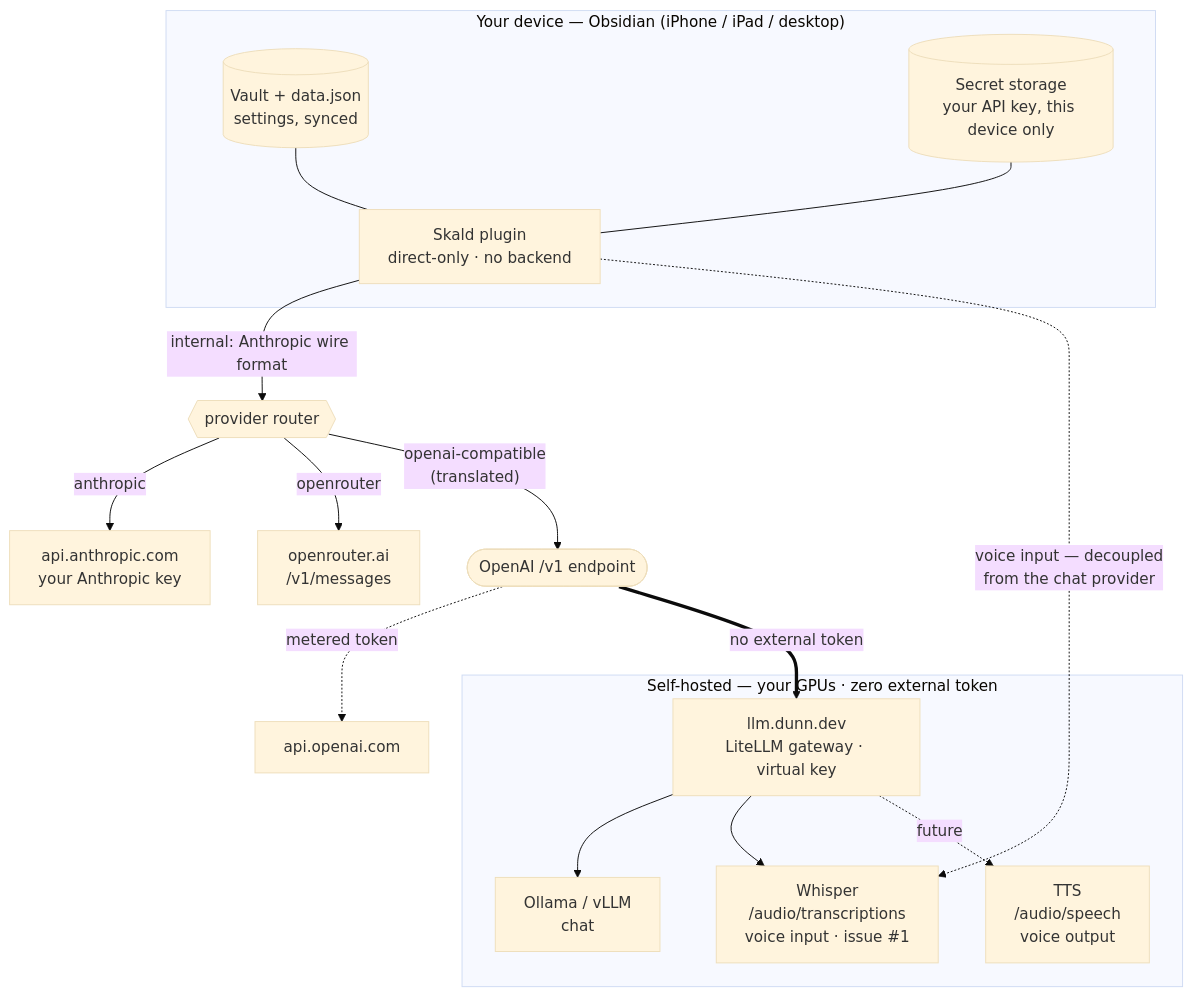
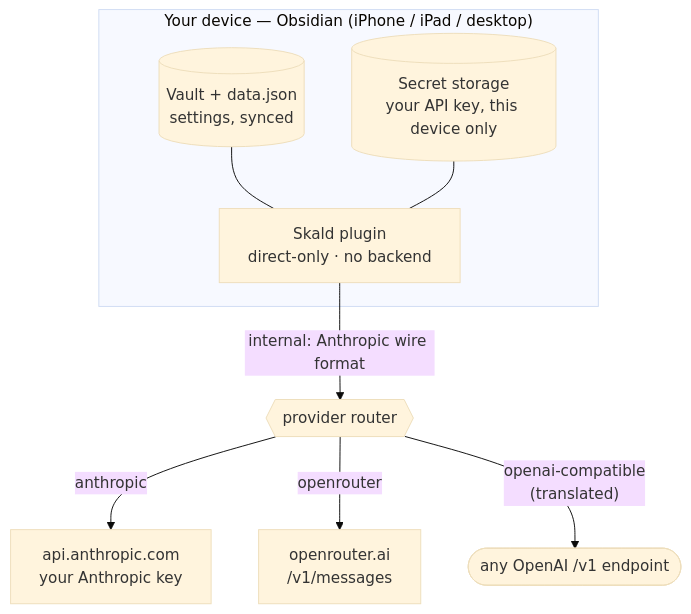
The diagram in docs/architecture.md (andrewdunndev/skald.md), drawn with Mermaid (base theme) before and after one commit. The commit also changed other lines of this file and 17 other files, not shown here.

````diff
--- a/docs/architecture.md
+++ b/docs/architecture.md
@@ -11,27 +11,16 @@
 ```mermaid
 flowchart TB
   subgraph DEVICE["Your device — Obsidian (iPhone / iPad / desktop)"]
     VAULT[("Vault + data.json<br/>settings, synced")]
     KEYS[("Secret storage<br/>your API key, this device only")]
     SKALD["Skald plugin<br/>direct-only · no backend"]
     VAULT --- SKALD
     KEYS --- SKALD
   end
 
   SKALD -->|"internal: Anthropic wire format"| PROV{{"provider router"}}
   PROV -->|anthropic| ANTH["api.anthropic.com<br/>your Anthropic key"]
   PROV -->|openrouter| OR["openrouter.ai<br/>/v1/messages"]
-  PROV -->|"openai-compatible<br/>(translated)"| OAI(["OpenAI /v1 endpoint"])
+  PROV -->|"openai-compatible<br/>(translated)"| OAI(["any OpenAI /v1 endpoint"])
 
-  OAI -. "metered token" .-> OPENAI["api.openai.com"]
-  OAI == "no external token" ==> GW
-
-  subgraph SELFHOST["Self-hosted — your GPUs · zero external token"]
-    GW["llm.dunn.dev<br/>LiteLLM gateway · virtual key"]
-    GW --> CHAT["Ollama / vLLM<br/>chat"]
-    GW --> STT["Whisper<br/>/audio/transcriptions<br/>voice input · issue #1"]
-    GW -. future .-> TTSV["TTS<br/>/audio/speech<br/>voice output"]
-  end
-
-  SKALD -. "voice input — decoupled<br/>from the chat provider" .-> STT
 ```
````
